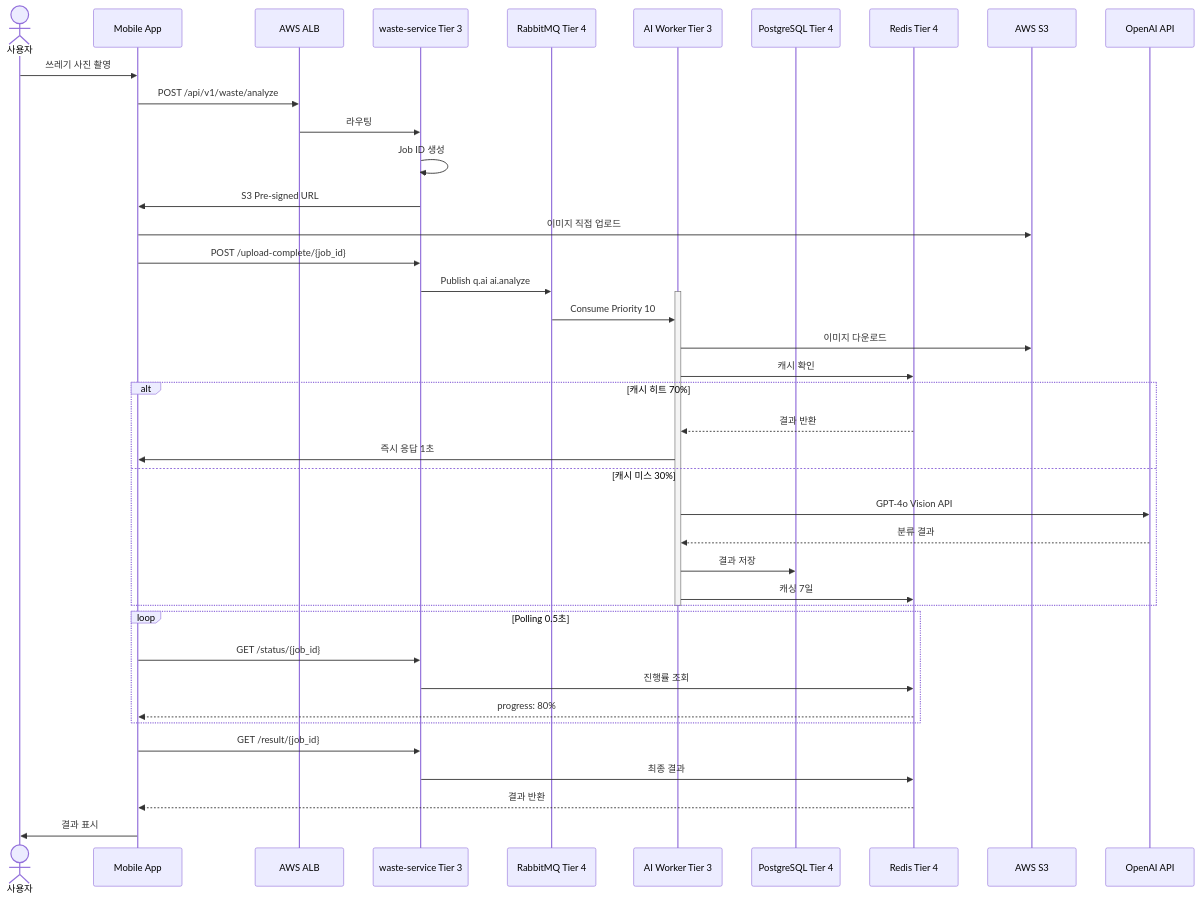
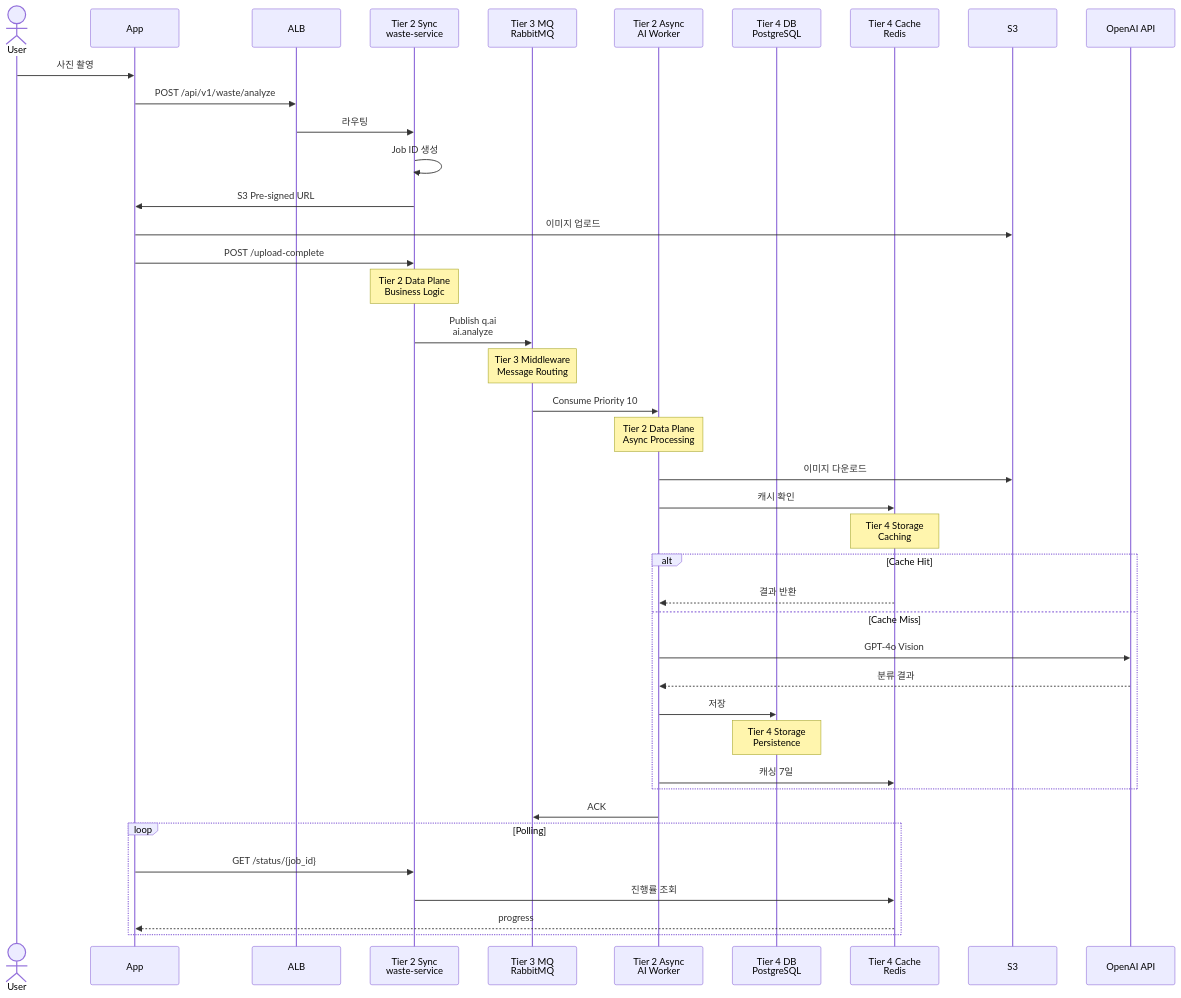
Before and after one commit to SeSACTHON/backend: the third of 3 diagrams in docs/architecture/final-k8s-architecture.md, drawn with Mermaid. The commit also changed other lines of this file, not shown here.

First line of the commit message:
docs: Rewrite final-k8s-architecture with correct 4-Tier definition

````diff
--- a/docs/architecture/final-k8s-architecture.md
+++ b/docs/architecture/final-k8s-architecture.md
@@ -486,52 +336,52 @@
 ```mermaid
 sequenceDiagram
-    actor User as 사용자
-    participant App as Mobile App
-    participant ALB as AWS ALB
-    participant Waste as waste-service Tier 3
-    participant RMQ as RabbitMQ Tier 4
-    participant AIW as AI Worker Tier 3
-    participant DB as PostgreSQL Tier 4
-    participant Redis as Redis Tier 4
-    participant S3 as AWS S3
-    participant OpenAI as OpenAI API
+    actor User
+    participant App
+    participant ALB
+    participant Sync as Tier 2 Sync<br/>waste-service
+    participant MQ as Tier 3 MQ<br/>RabbitMQ
+    participant Async as Tier 2 Async<br/>AI Worker
+    participant DB as Tier 4 DB<br/>PostgreSQL
+    participant Redis as Tier 4 Cache<br/>Redis
+    participant S3
+    participant AI as OpenAI API
     
-    User->>App: 쓰레기 사진 촬영
+    User->>App: 사진 촬영
     App->>ALB: POST /api/v1/waste/analyze
-    ALB->>Waste: 라우팅
+    ALB->>Sync: 라우팅
     
-    Waste->>Waste: Job ID 생성
-    Waste->>App: S3 Pre-signed URL
-    App->>S3: 이미지 직접 업로드
+    Sync->>Sync: Job ID 생성
+    Sync->>App: S3 Pre-signed URL
+    App->>S3: 이미지 업로드
     
-    App->>Waste: POST /upload-complete/{job_id}
-    Waste->>RMQ: Publish q.ai ai.analyze
+    App->>Sync: POST /upload-complete
+    Note over Sync: Tier 2 Data Plane<br/>Business Logic
     
-    activate AIW
-    RMQ->>AIW: Consume Priority 10
-    AIW->>S3: 이미지 다운로드
-    AIW->>Redis: 캐시 확인
+    Sync->>MQ: Publish q.ai<br/>ai.analyze
+    Note over MQ: Tier 3 Middleware<br/>Message Routing
     
-    alt 캐시 히트 70%
-        Redis-->>AIW: 결과 반환
-        AIW->>App: 즉시 응답 1초
-    else 캐시 미스 30%
-        AIW->>OpenAI: GPT-4o Vision API
-        OpenAI-->>AIW: 분류 결과
-        AIW->>DB: 결과 저장
-        AIW->>Redis: 캐싱 7일
-    end
-    deactivate AIW
+    MQ->>Async: Consume Priority 10
+    Note over Async: Tier 2 Data Plane<br/>Async Processing
     
-    loop Polling 0.5초
-        App->>Waste: GET /status/{job_id}
-        Waste->>Redis: 진행률 조회
-        Redis-->>App: progress: 80%
+    Async->>S3: 이미지 다운로드
+    Async->>Redis: 캐시 확인
+    Note over Redis: Tier 4 Storage<br/>Caching
+    
+    alt Cache Hit
+        Redis-->>Async: 결과 반환
+    else Cache Miss
+        Async->>AI: GPT-4o Vision
+        AI-->>Async: 분류 결과
+        Async->>DB: 저장
+        Note over DB: Tier 4 Storage<br/>Persistence
+        Async->>Redis: 캐싱 7일
     end
     
-    App->>Waste: GET /result/{job_id}
-    Waste->>Redis: 최종 결과
-    Redis-->>App: 결과 반환
+    Async->>MQ: ACK
     
-    App->>User: 결과 표시
+    loop Polling
+        App->>Sync: GET /status/{job_id}
+        Sync->>Redis: 진행률 조회
+        Redis-->>App: progress
+    end
 ```
````
